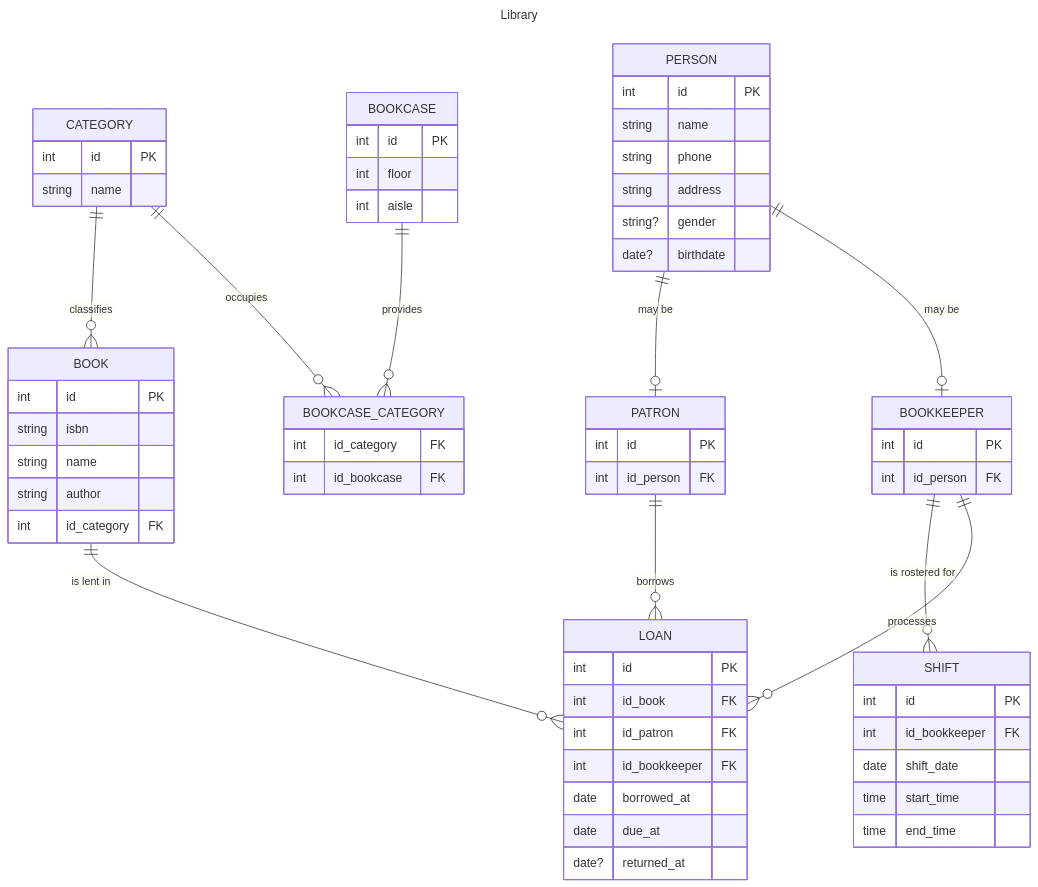
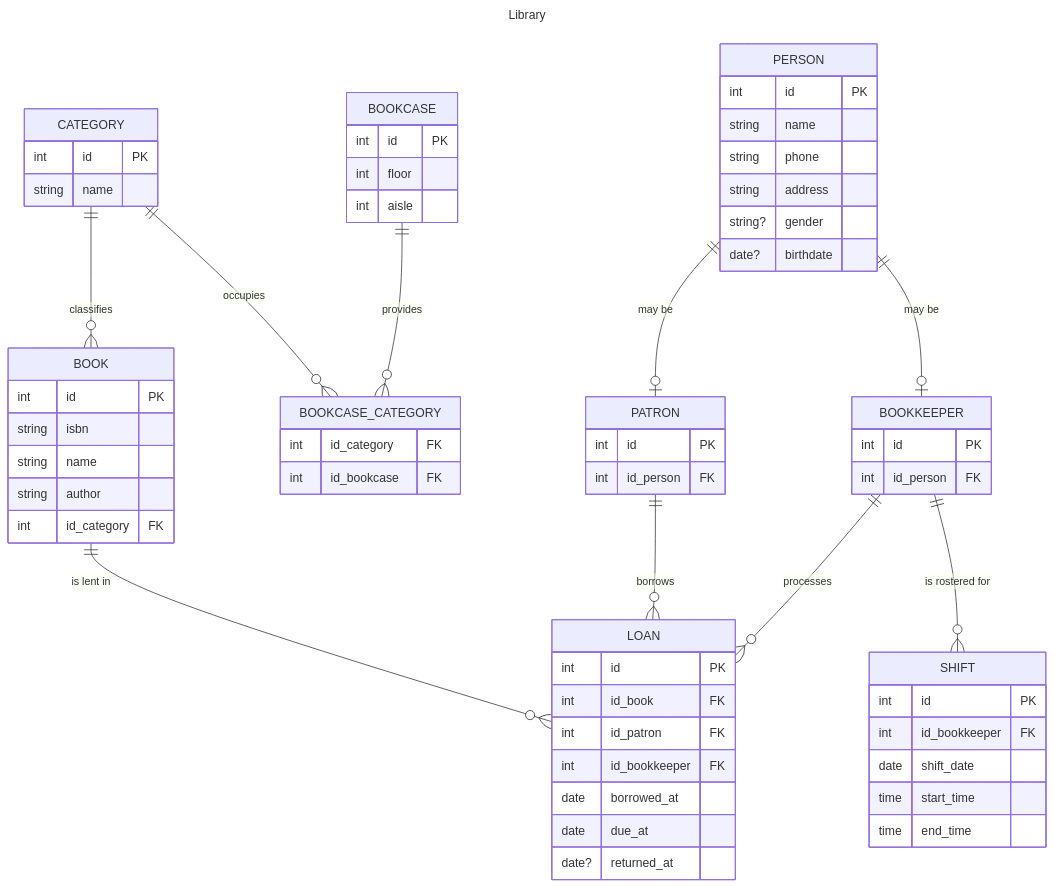
Before and after one commit to ryansuhartanto/koda-b8-db1: the diagram in README.md, drawn with Mermaid. The commit also changed other lines of this file, not shown here.

Commit message:
refactor: move down shift

```diff
--- a/README.md
+++ b/README.md
@@ -16,11 +16,11 @@
 PERSON ||--o| PATRON     : "may be"
 PERSON ||--o| BOOKKEEPER : "may be"
 
-BOOKKEEPER ||--o{ SHIFT : "is rostered for"
-
 PATRON     ||--o{ LOAN : "borrows"
 BOOK       ||--o{ LOAN : "is lent in"
 BOOKKEEPER ||--o{ LOAN : "processes"
+
+BOOKKEEPER ||--o{ SHIFT : "is rostered for"
 
 BOOK {
     int id PK
```
